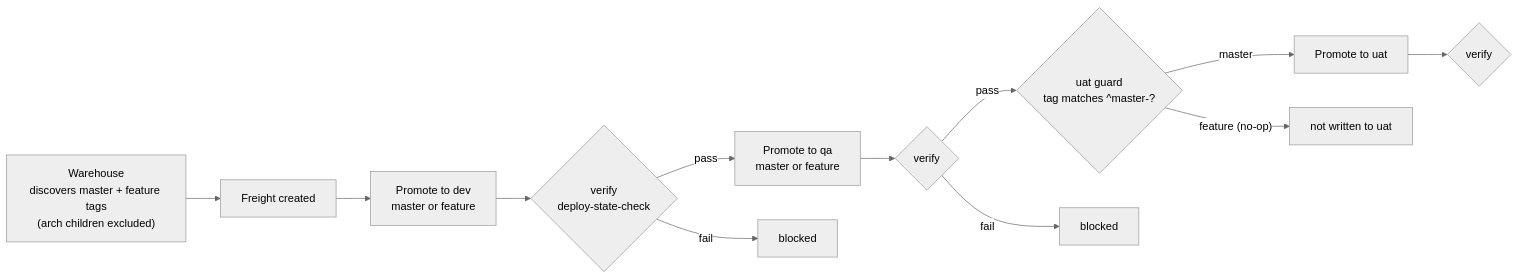
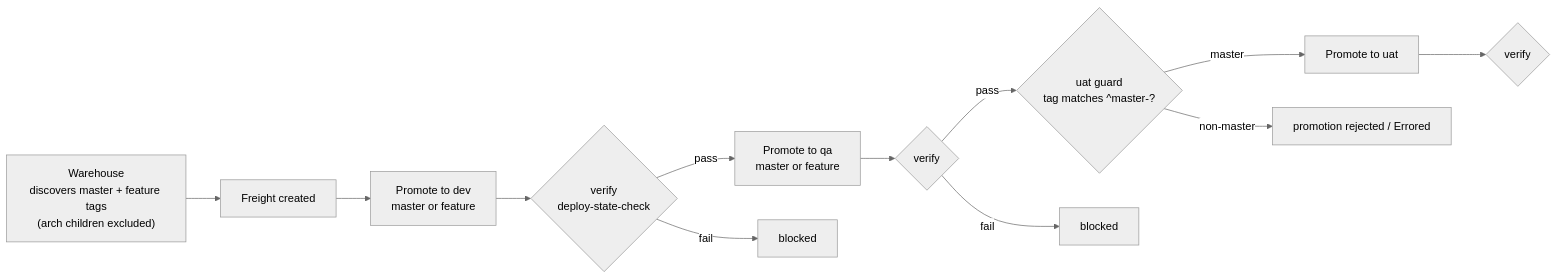
The diagram in docs/kargo/3. Onboarding New Projects.md (egovernments/DIGIT-DevOps), drawn with Mermaid (neutral theme) before and after one commit. The commit also changed other lines of this file and 3 other files, not shown here.

````diff
--- a/docs/kargo/3. Onboarding New Projects.md
+++ b/docs/kargo/3. Onboarding New Projects.md
@@ -233,14 +251,14 @@
 ```mermaid
 flowchart LR
   wh["Warehouse<br/>discovers master + feature tags<br/>(arch children excluded)"] --> fr[Freight created]
   fr --> dev[Promote to dev<br/>master or feature]
   dev --> devv{verify<br/>deploy-state-check}
   devv -- pass --> qa[Promote to qa<br/>master or feature]
   devv -- fail --> stopd[blocked]
   qa --> qav{verify}
   qav -- pass --> uatg{"uat guard<br/>tag matches ^master-?"}
   qav -- fail --> stopq[blocked]
   uatg -- master --> uat[Promote to uat]
-  uatg -- "feature (no-op)" --> stopu[not written to uat]
+  uatg -- "non-master" --> stopu[promotion rejected / Errored]
   uat --> uatv{verify}
 ```
````
